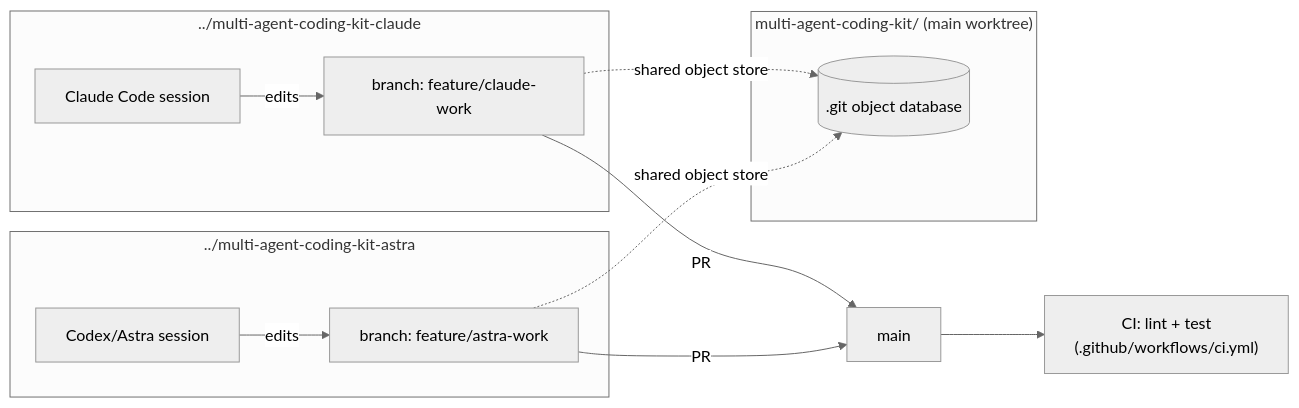
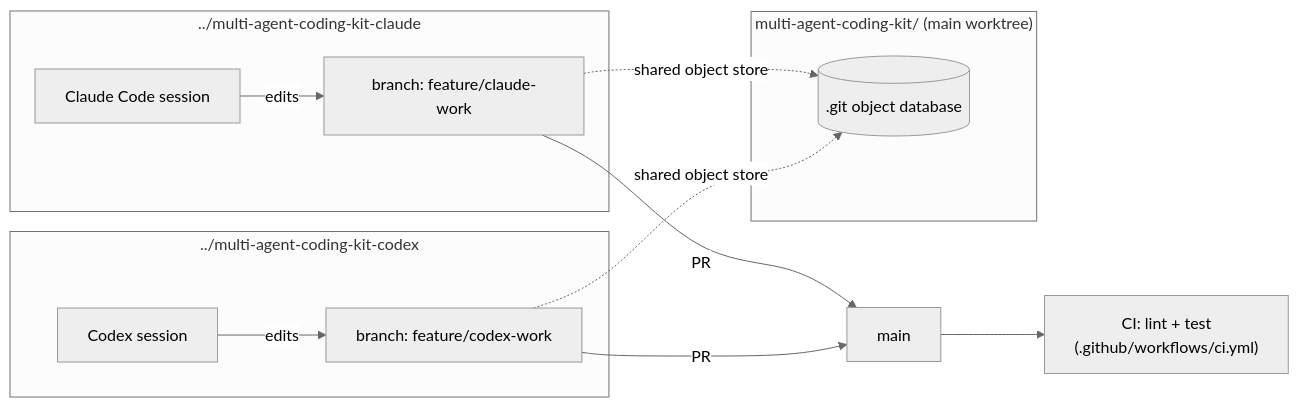
The diagram in README.md (pavan3031/multi-agent-coding-kit), drawn with Mermaid (neutral theme) before and after one commit. The commit also changed other lines of this file and 10 other files, not shown here.

````diff
--- a/README.md
+++ b/README.md
@@ -91,25 +82,25 @@
 ```mermaid
 flowchart LR
     subgraph Repo["multi-agent-coding-kit/ (main worktree)"]
         G[(.git object database)]
     end
 
     subgraph ClaudeWT["../multi-agent-coding-kit-claude"]
         CB["branch: feature/claude-work"]
         CF["Claude Code session"]
         CF -->|edits| CB
     end
 
-    subgraph AstraWT["../multi-agent-coding-kit-astra"]
-        AB["branch: feature/astra-work"]
-        AF["Codex/Astra session"]
-        AF -->|edits| AB
+    subgraph CodexWT["../multi-agent-coding-kit-codex"]
+        XB["branch: feature/codex-work"]
+        XF["Codex session"]
+        XF -->|edits| XB
     end
 
     CB -.shared object store.-> G
-    AB -.shared object store.-> G
+    XB -.shared object store.-> G
 
     CB -->|PR| M["main"]
-    AB -->|PR| M
+    XB -->|PR| M
     M --> CI["CI: lint + test\n(.github/workflows/ci.yml)"]
 ```
````
